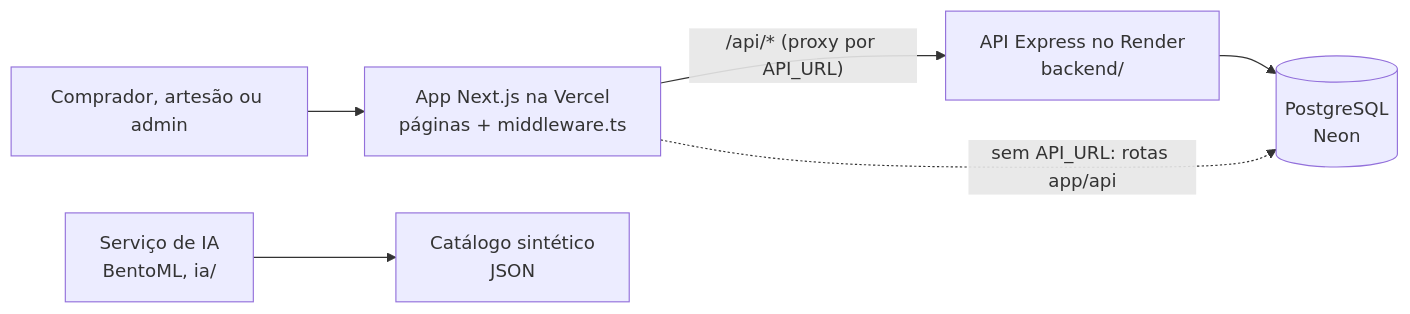
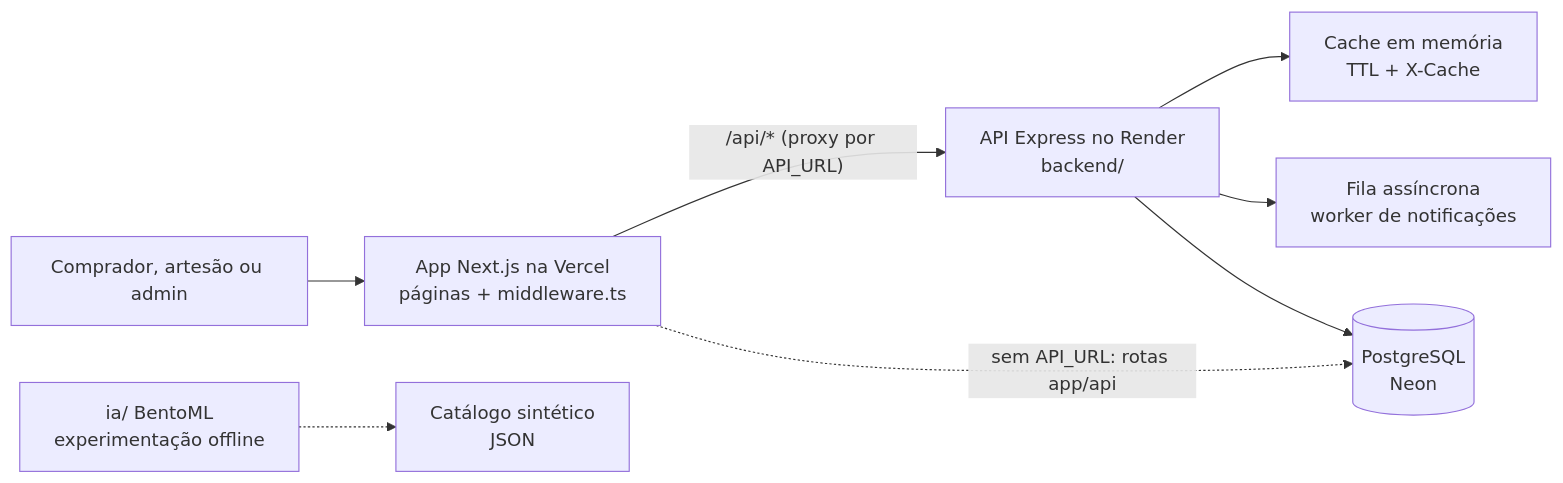
The diagram in README.md (brunosm26/Raizes-PE), drawn with Mermaid before and after one commit. The commit also changed other lines of this file and 11 other files, not shown here.

````diff
--- a/README.md
+++ b/README.md
@@ -43,8 +50,10 @@
 ```mermaid
 flowchart LR
     U[Comprador, artesão ou admin] --> N[App Next.js na Vercel<br/>páginas + middleware.ts]
     N -- "/api/* (proxy por API_URL)" --> E[API Express no Render<br/>backend/]
+    E --> C[Cache em memória<br/>TTL + X-Cache]
+    E --> F[Fila assíncrona<br/>worker de notificações]
     E --> B[(PostgreSQL<br/>Neon)]
     N -. "sem API_URL: rotas app/api" .-> B
-    I[Serviço de IA<br/>BentoML, ia/] --> J[Catálogo sintético<br/>JSON]
+    I[ia/ BentoML<br/>experimentação offline] -.-> J[Catálogo sintético<br/>JSON]
 ```
````
